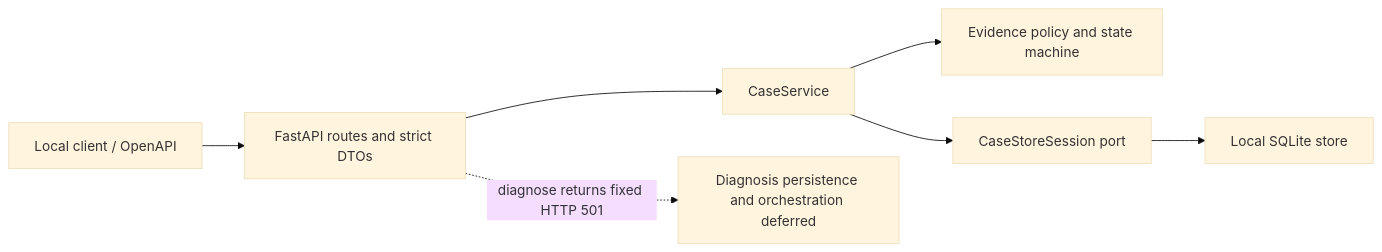
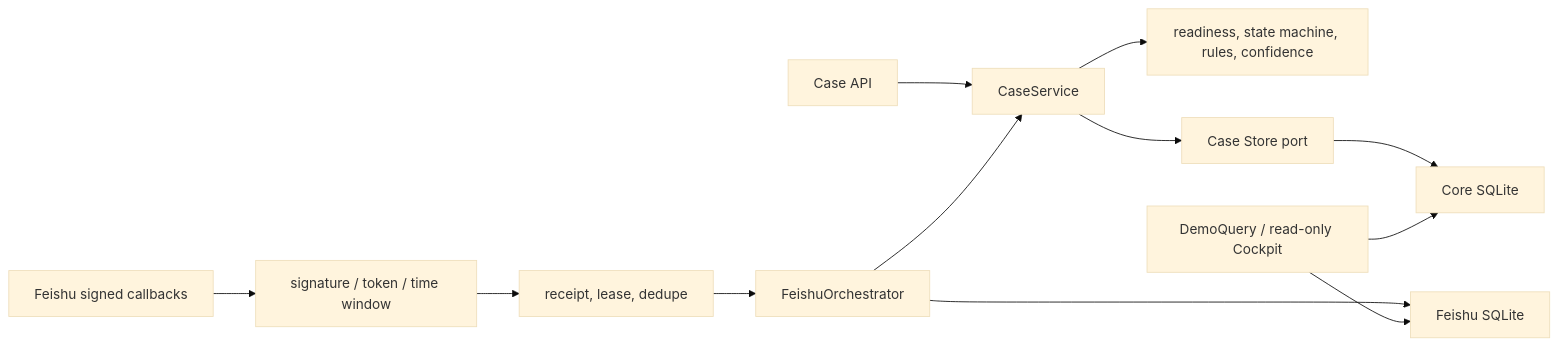
The diagram in docs/architecture.md (jiang4wqy/oceanpilot-evidenceos), drawn with Mermaid (base theme) before and after one commit. The commit also changed other lines of this file and 17 other files, not shown here.

````diff
--- a/docs/architecture.md
+++ b/docs/architecture.md
@@ -9,9 +9,14 @@
 ```mermaid
 flowchart LR
-    Client["Local client / OpenAPI"] --> API["FastAPI routes and strict DTOs"]
-    API --> Service["CaseService"]
-    Service --> Domain["Evidence policy and state machine"]
-    Service --> Port["CaseStoreSession port"]
-    Port --> SQLite["Local SQLite store"]
-    API -. "diagnose returns fixed HTTP 501" .-> Deferred["Diagnosis persistence and orchestration deferred"]
+    Feishu["Feishu signed callbacks"] --> Verify["signature / token / time window"]
+    Verify --> Receipt["receipt, lease, dedupe"]
+    Receipt --> Orchestrator["FeishuOrchestrator"]
+    HTTP["Case API"] --> Service["CaseService"]
+    Orchestrator --> Service
+    Service --> Domain["readiness, state machine, rules, confidence"]
+    Service --> CorePort["Case Store port"]
+    CorePort --> CoreDB["Core SQLite"]
+    Orchestrator --> FeishuDB["Feishu SQLite"]
+    Demo["DemoQuery / read-only Cockpit"] --> CoreDB
+    Demo --> FeishuDB
 ```
````
